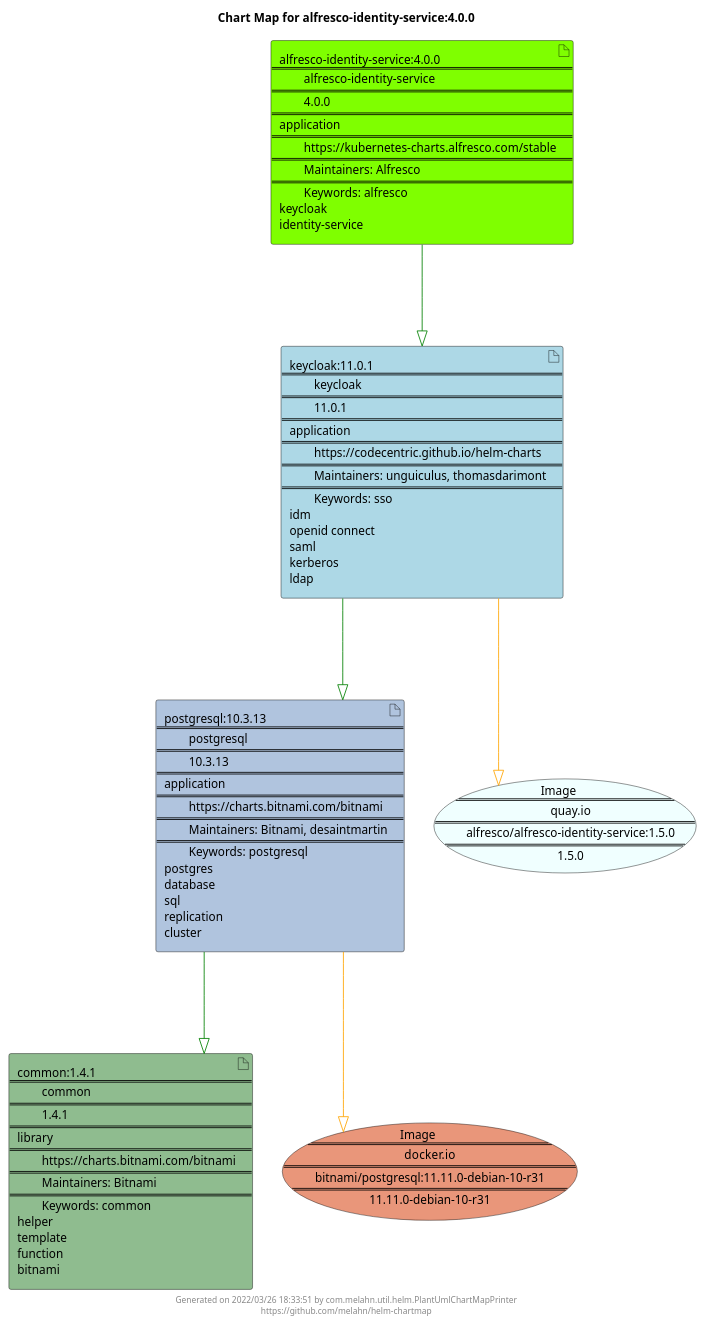
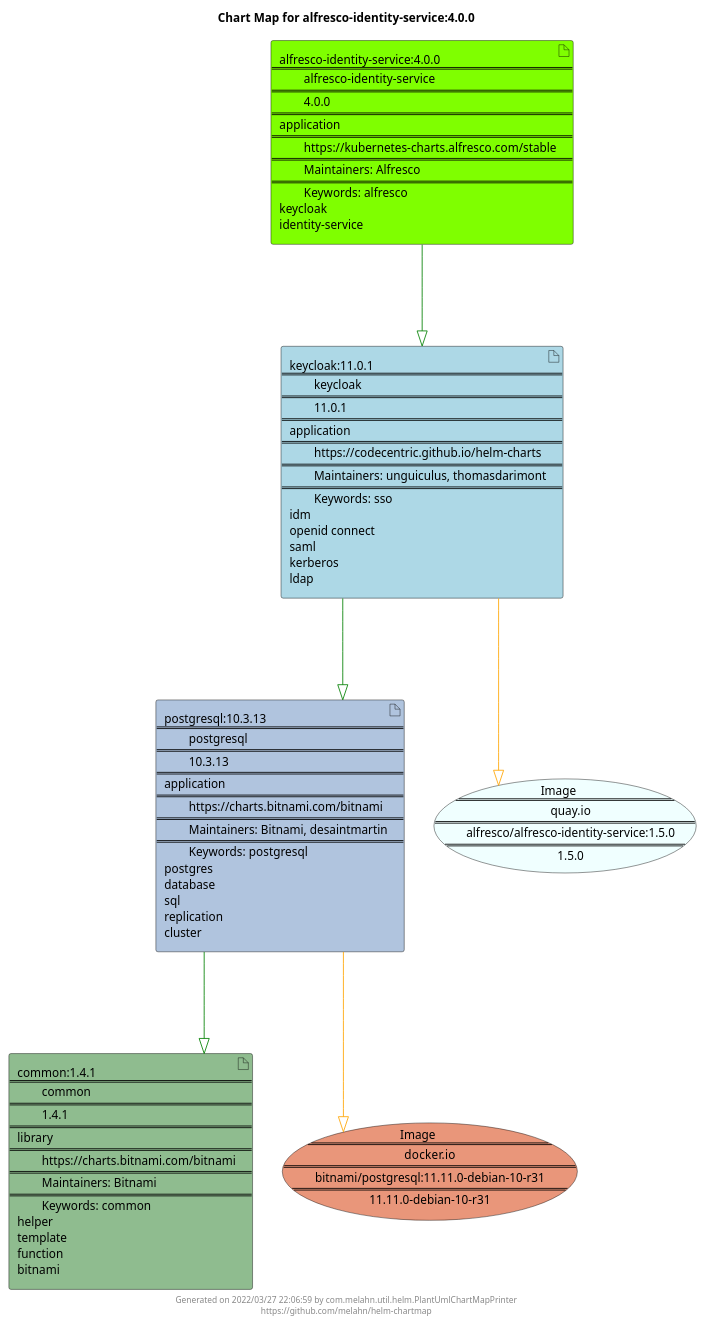
Before and after one commit to melahn/helm-chartmap: the diagram in docs/alfresco-identity-service/alfresco-identity-service-4.0.0.puml, drawn with PlantUML. The commit also changed 55 other files, not shown here.

Commit message:
Update Example Chart Maps as part of GitHub build

```diff
--- a/docs/alfresco-identity-service/alfresco-identity-service-4.0.0.puml
+++ b/docs/alfresco-identity-service/alfresco-identity-service-4.0.0.puml
@@ -1,29 +1,29 @@
 @startuml
 skinparam linetype ortho
 skinparam backgroundColor white
 skinparam usecaseBorderColor black
 skinparam usecaseArrowColor LightSlateGray
 skinparam artifactBorderColor black
 skinparam artifactArrowColor LightSlateGray
 
 title Chart Map for alfresco-identity-service:4.0.0
 
 'There are 4 referenced Helm Charts
 artifact "common:1.4.1\n====\n\tcommon\n====\n\t1.4.1\n====\nlibrary\n====\n\thttps://charts.bitnami.com/bitnami\n====\n\tMaintainers: Bitnami\n====\n\tKeywords: common\nhelper\ntemplate\nfunction\nbitnami" as common_1_4_1 #DarkSeaGreen
 artifact "alfresco-identity-service:4.0.0\n====\n\talfresco-identity-service\n====\n\t4.0.0\n====\napplication\n====\n\thttps://kubernetes-charts.alfresco.com/stable\n====\n\tMaintainers: Alfresco\n====\n\tKeywords: alfresco\nkeycloak\nidentity-service" as alfresco_identity_service_4_0_0 #Chartreuse
 artifact "postgresql:10.3.13\n====\n\tpostgresql\n====\n\t10.3.13\n====\napplication\n====\n\thttps://charts.bitnami.com/bitnami\n====\n\tMaintainers: Bitnami, desaintmartin\n====\n\tKeywords: postgresql\npostgres\ndatabase\nsql\nreplication\ncluster" as postgresql_10_3_13 #LightSteelBlue
 artifact "keycloak:11.0.1\n====\n\tkeycloak\n====\n\t11.0.1\n====\napplication\n====\n\thttps://codecentric.github.io/helm-charts\n====\n\tMaintainers: unguiculus, thomasdarimont\n====\n\tKeywords: sso\nidm\nopenid connect\nsaml\nkerberos\nldap" as keycloak_11_0_1 #LightBlue
 
 'There are 2 referenced Docker Images
 usecase "Image\n====\n\tquay.io\n====\n\talfresco/alfresco-identity-service:1.5.0\n====\n\t1.5.0" as quay_io_alfresco_alfresco_identity_service_1_5_0 #Azure
 usecase "Image\n====\n\tdocker.io\n====\n\tbitnami/postgresql:11.11.0-debian-10-r31\n====\n\t11.11.0-debian-10-r31" as docker_io_bitnami_postgresql_11_11_0_debian_10_r31 #DarkSalmon
 
 'Chart Dependencies
 alfresco_identity_service_4_0_0--[#green]-|>keycloak_11_0_1
 keycloak_11_0_1--[#green]-|>postgresql_10_3_13
 postgresql_10_3_13--[#green]-|>common_1_4_1
 postgresql_10_3_13--[#orange]-|>docker_io_bitnami_postgresql_11_11_0_debian_10_r31
 keycloak_11_0_1--[#orange]-|>quay_io_alfresco_alfresco_identity_service_1_5_0
 
-center footer Generated on 2022/03/26 18:33:51 by com.melahn.util.helm.PlantUmlChartMapPrinter\nhttps://github.com/melahn/helm-chartmap
+center footer Generated on 2022/03/27 22:06:59 by com.melahn.util.helm.PlantUmlChartMapPrinter\nhttps://github.com/melahn/helm-chartmap
 @enduml
```
